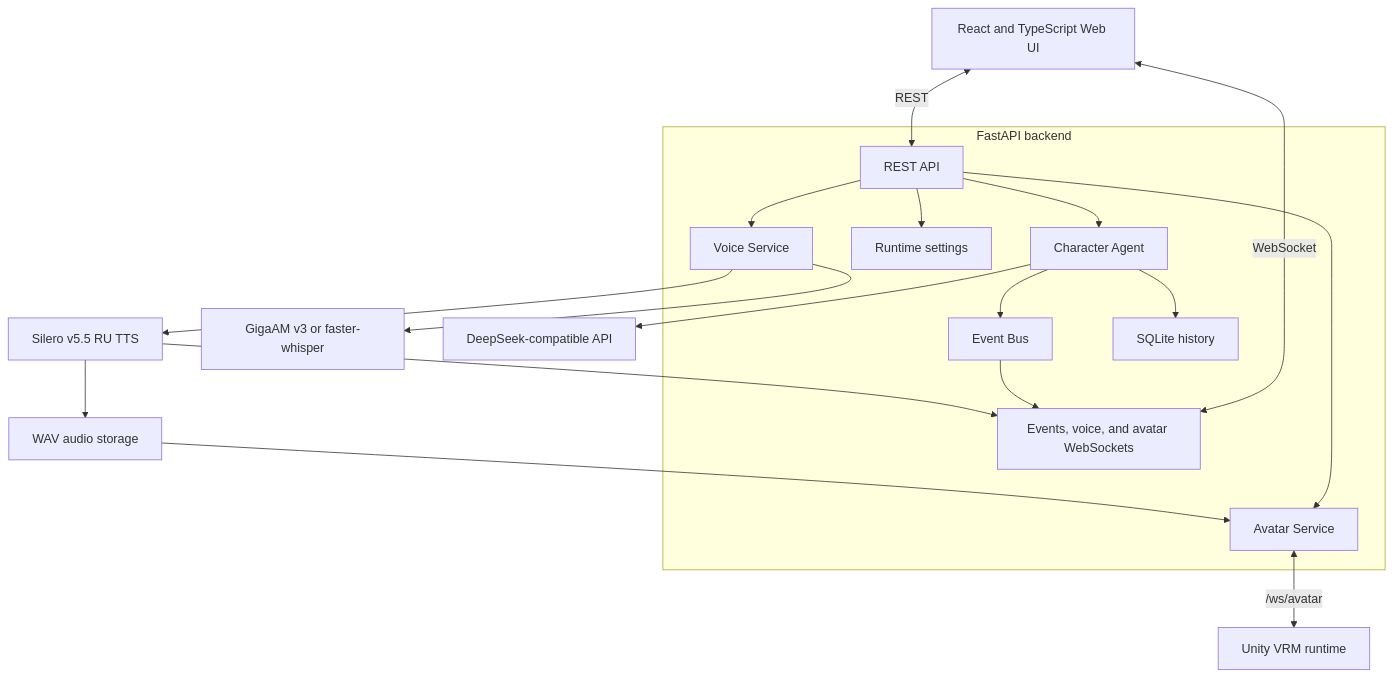
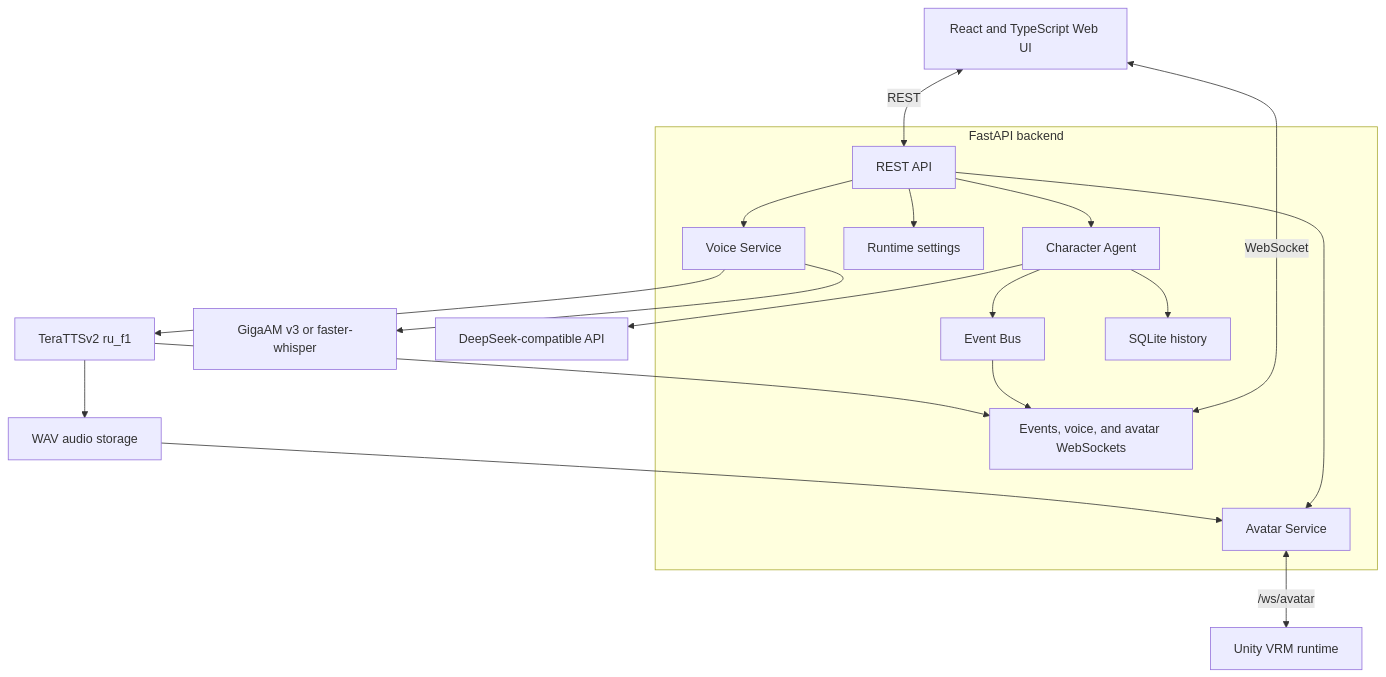
One commit to bad1and/NeuroAsist changed the second of 2 diagrams in README.md. Above: the diagram before and after it, drawn with Mermaid. The commit also changed other lines of this file and 50 other files, not shown here.

First line of the commit message:
Заменил Silero TTS на TeraTTSv2

````diff
--- a/README.md
+++ b/README.md
@@ -393,38 +381,38 @@
 ```mermaid
 flowchart TB
     UI[React and TypeScript Web UI]
 
     subgraph Backend[FastAPI backend]
         API[REST API]
         WS[Events, voice, and avatar WebSockets]
         Agent[Character Agent]
         Runtime[Runtime settings]
         Events[Event Bus]
         Voice[Voice Service]
         Avatar[Avatar Service]
         History[SQLite history]
     end
 
     STT[GigaAM v3 or faster-whisper]
     LLM[DeepSeek-compatible API]
-    TTS[Silero v5.5 RU TTS]
+    TTS[TeraTTSv2 ru_f1]
     Audio[WAV audio storage]
     Unity[Unity VRM runtime]
 
     UI <-->|REST| API
     UI <-->|WebSocket| WS
     API --> Agent
     API --> Voice
     API --> Runtime
     API --> Avatar
     Agent --> History
     Agent --> LLM
     Agent --> Events
     Voice --> STT
     Voice --> TTS
     TTS --> Audio
     Audio --> Avatar
     Avatar <-->|/ws/avatar| Unity
     Events --> WS
     TTS --> WS
 ```
````
